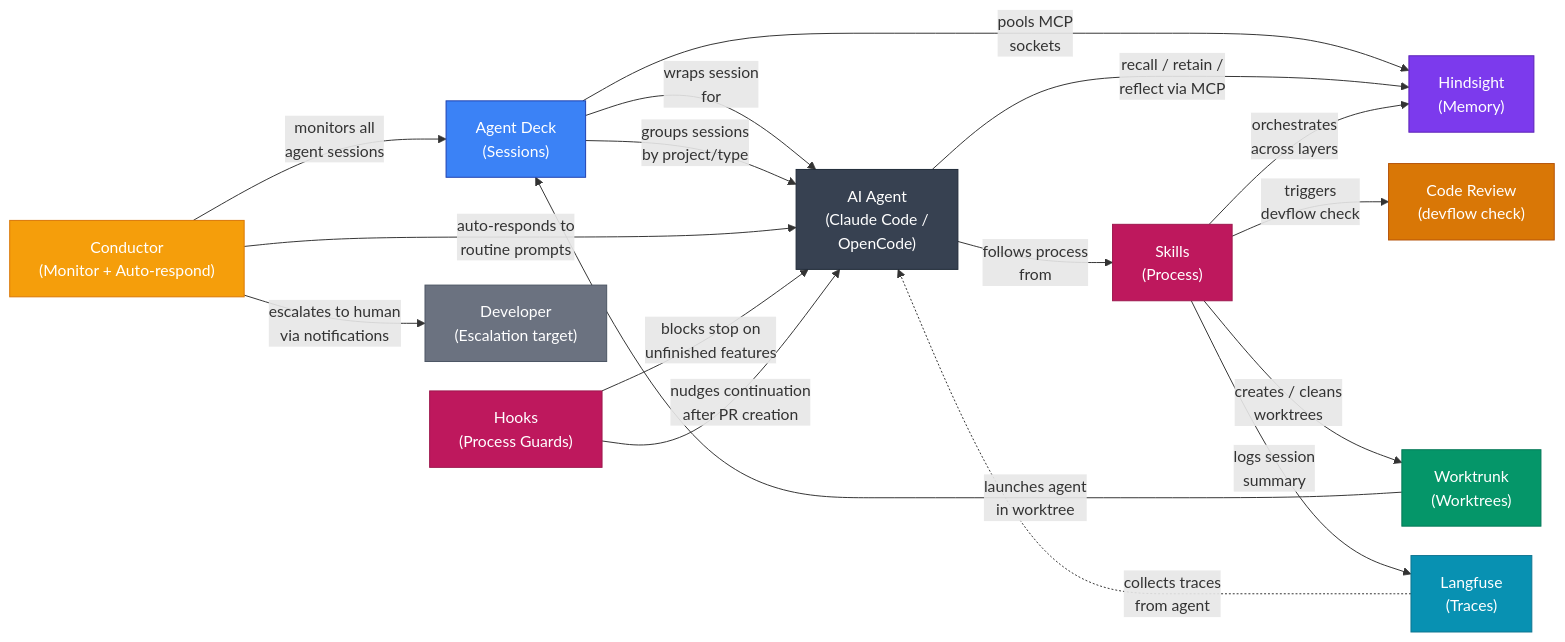
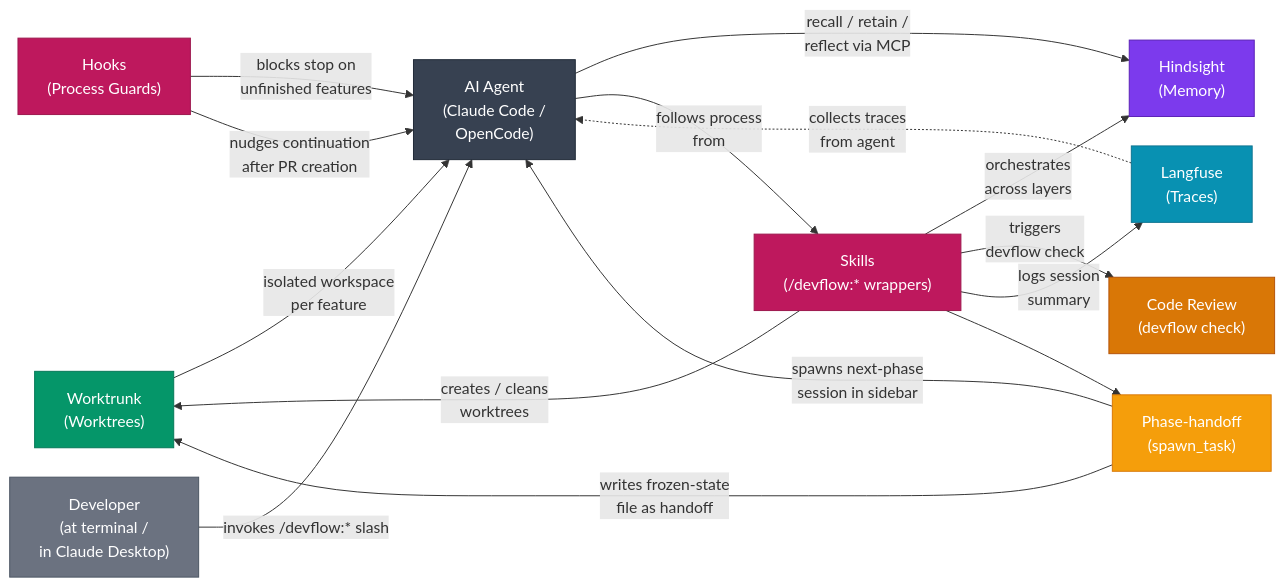
The second of 3 diagrams in visualizations/architecture/devflow-ecosystem.md (AndreJorgeLopes/devflow), drawn with Mermaid before and after one commit. The commit also changed other lines of this file and 30 other files, not shown here.

Commit message:
refactor(docs+tasks+viz): purge agent-deck/superpowers refs; align with /devflow:* wrapper convention (#35)

````diff
--- a/visualizations/architecture/devflow-ecosystem.md
+++ b/visualizations/architecture/devflow-ecosystem.md
@@ -104,51 +91,46 @@
 ```mermaid
 %%{init: {'flowchart': {'rankSpacing': 50, 'nodeSpacing': 30, 'diagramPadding': 15}}}%%
 graph LR
-    AD["Agent Deck<br/>(Sessions)"]
-    COND["Conductor<br/>(Monitor + Auto-respond)"]
     HS["Hindsight<br/>(Memory)"]
     WT["Worktrunk<br/>(Worktrees)"]
     CR["Code Review<br/>(devflow check)"]
-    SK["Skills<br/>(Process)"]
+    SK["Skills<br/>(/devflow:* wrappers)"]
     LF["Langfuse<br/>(Traces)"]
     HK["Hooks<br/>(Process Guards)"]
+    PH["Phase-handoff<br/>(spawn_task)"]
     AGENT["AI Agent<br/>(Claude Code /<br/>OpenCode)"]
-    HUMAN["Developer<br/>(Escalation target)"]
+    HUMAN["Developer<br/>(at terminal /<br/>in Claude Desktop)"]
 
-    WT -->|"launches agent<br/>in worktree"| AD
-    AD -->|"pools MCP<br/>sockets"| HS
-    AD -->|"wraps session<br/>for"| AGENT
-    AD -->|"groups sessions<br/>by project/type"| AGENT
-    COND -->|"monitors all<br/>agent sessions"| AD
-    COND -->|"auto-responds to<br/>routine prompts"| AGENT
-    COND -->|"escalates to human<br/>via notifications"| HUMAN
+    WT -->|"isolated workspace<br/>per feature"| AGENT
     AGENT -->|"recall / retain /<br/>reflect via MCP"| HS
     AGENT -->|"follows process<br/>from"| SK
     SK -->|"orchestrates<br/>across layers"| HS
     SK -->|"triggers<br/>devflow check"| CR
     SK -->|"creates / cleans<br/>worktrees"| WT
     SK -->|"logs session<br/>summary"| LF
+    SK --> PH
+    PH -->|"spawns next-phase<br/>session in sidebar"| AGENT
+    PH -->|"writes frozen-state<br/>file as handoff"| WT
     HK -->|"blocks stop on<br/>unfinished features"| AGENT
     HK -->|"nudges continuation<br/>after PR creation"| AGENT
     LF -.->|"collects traces<br/>from agent"| AGENT
+    HUMAN -->|"invokes /devflow:* slash"| AGENT
 
     classDef hindsightStyle fill:#7c3aed,color:#fff,stroke:#5b21b6
-    classDef agentDeckStyle fill:#3b82f6,color:#fff,stroke:#1e40af
     classDef worktrunkStyle fill:#059669,color:#fff,stroke:#047857
     classDef reviewStyle fill:#d97706,color:#fff,stroke:#b45309
     classDef skillsStyle fill:#be185d,color:#fff,stroke:#9d174d
     classDef langfuseStyle fill:#0891b2,color:#fff,stroke:#0e7490
     classDef agentStyle fill:#374151,color:#fff,stroke:#1f2937
-    classDef conductorStyle fill:#f59e0b,color:#fff,stroke:#d97706
+    classDef handoffStyle fill:#f59e0b,color:#fff,stroke:#d97706
     classDef humanStyle fill:#6b7280,color:#fff,stroke:#4b5563
 
     class HS hindsightStyle
-    class AD agentDeckStyle
     class WT worktrunkStyle
     class CR reviewStyle
     class SK,HK skillsStyle
     class LF langfuseStyle
     class AGENT agentStyle
-    class COND conductorStyle
+    class PH handoffStyle
     class HUMAN humanStyle
 ```
````
